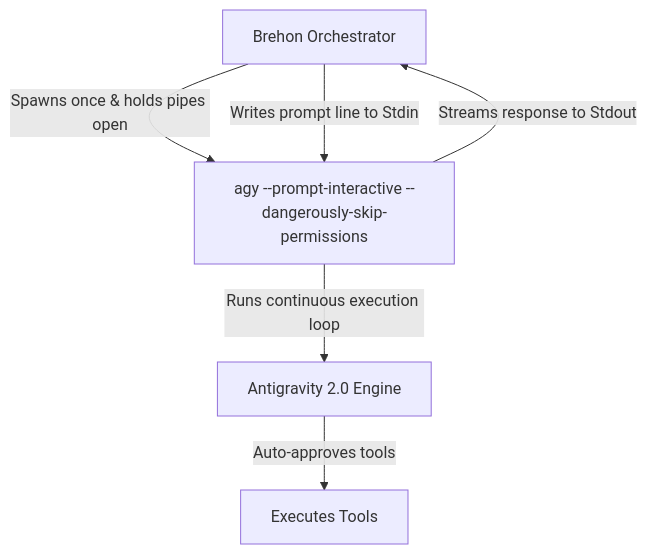
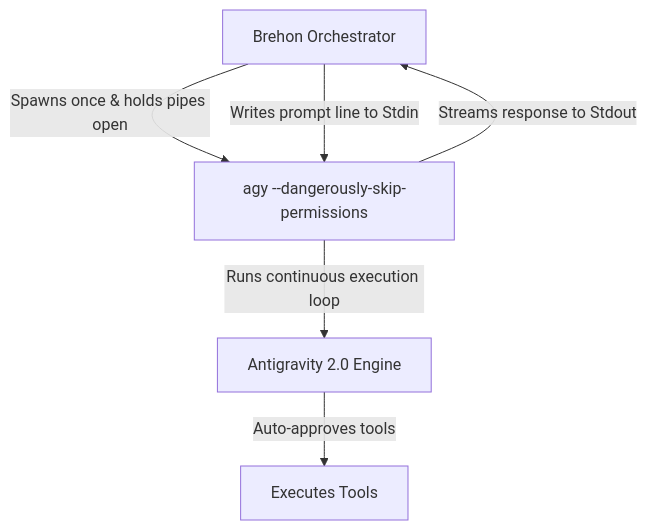
The first of 2 diagrams in docs/agy_integration_research.md (VerifiedOrganic/brehon), drawn with Mermaid before and after one commit. The commit also changed other lines of this file and 3 other files, not shown here.

````diff
--- a/docs/agy_integration_research.md
+++ b/docs/agy_integration_research.md
@@ -50,8 +50,8 @@
 ```mermaid
 graph TD
-    Orch["Brehon Orchestrator"] -->|"Spawns once & holds pipes open"| Agy["agy --prompt-interactive --dangerously-skip-permissions"]
+    Orch["Brehon Orchestrator"] -->|"Spawns once & holds pipes open"| Agy["agy --dangerously-skip-permissions"]
     Orch -->|"Writes prompt line to Stdin"| Agy
     Agy -->|"Runs continuous execution loop"| Brain["Antigravity 2.0 Engine"]
     Brain -->|"Auto-approves tools"| Tools["Executes Tools"]
     Agy -->|"Streams response to Stdout"| Orch
 ```
````
